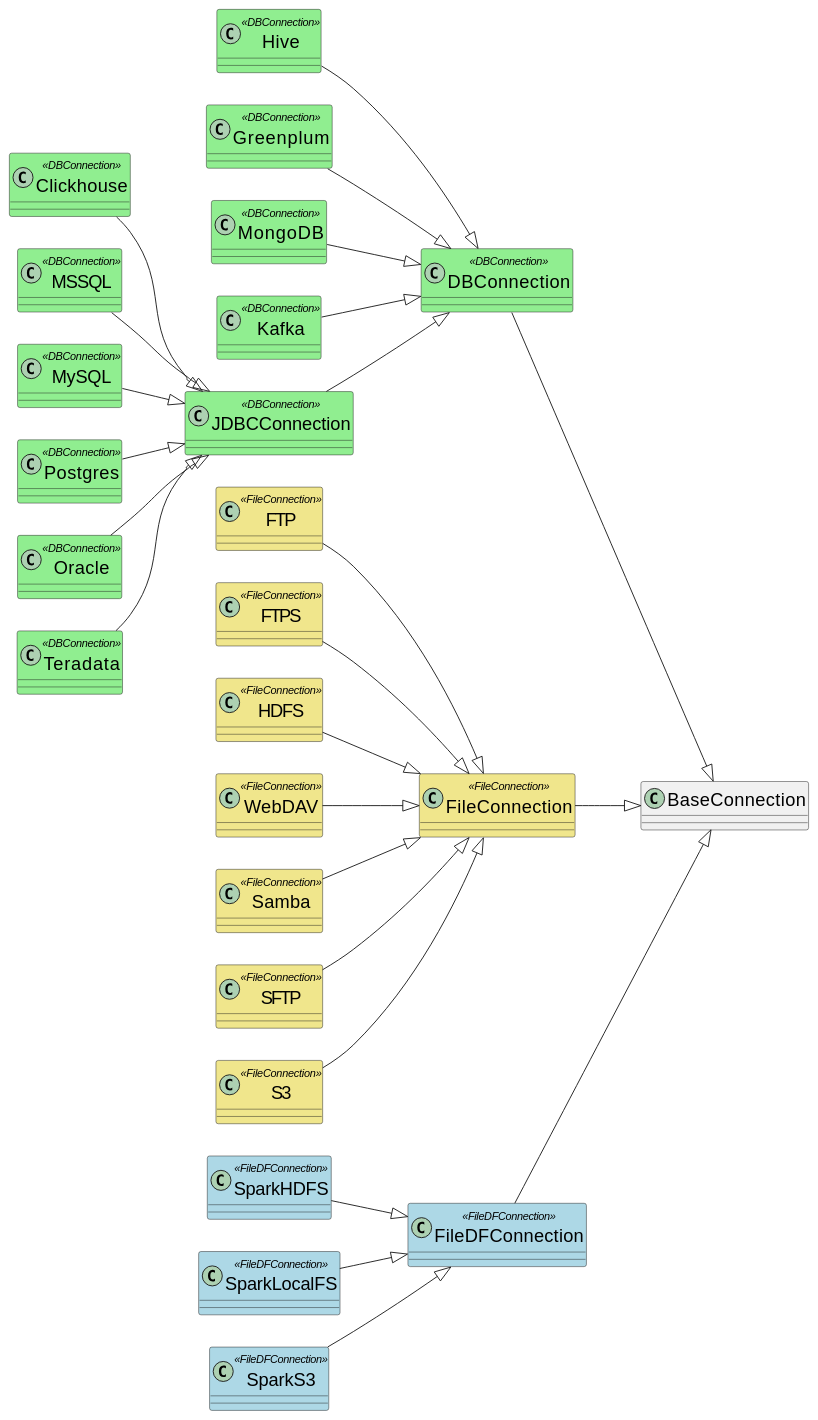
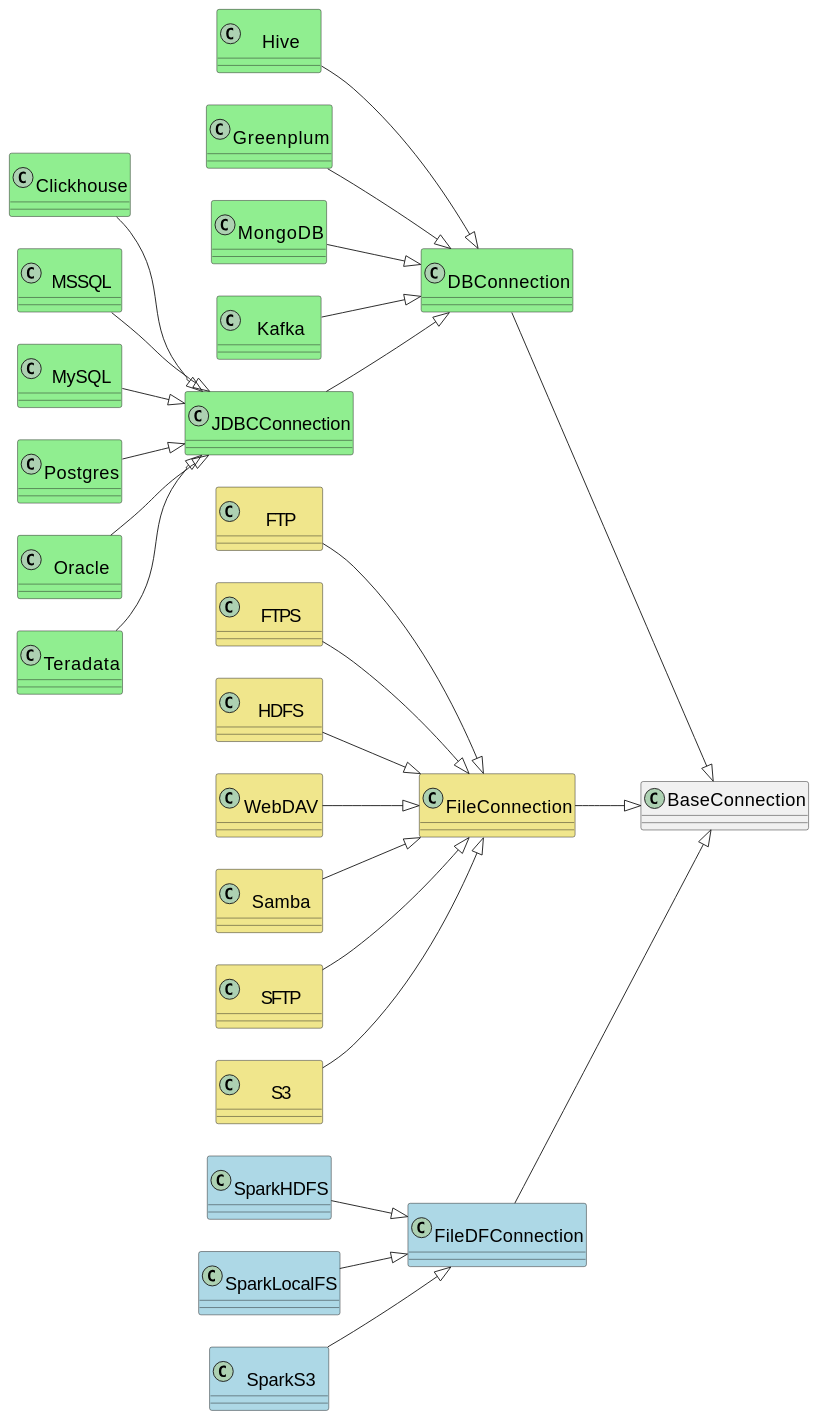
One commit to MobileTeleSystems/onetl changed the diagram in docs/concepts.rst. Above: the diagram before and after it, drawn with PlantUML.

Commit message:
[DOP-9383] - update class diagram

```diff
--- a/docs/concepts.rst
+++ b/docs/concepts.rst
@@ -40,6 +40,9 @@
         BackgroundColor<<DBConnection>> LightGreen
         BackgroundColor<<FileConnection>> Khaki
         BackgroundColor<<FileDFConnection>> LightBlue
+        StereotypeFontColor<<FileDFConnection>> Transparent
+        StereotypeFontColor<<DBConnection>> Transparent
+        StereotypeFontColor<<FileConnection>> Transparent
     }
 
     class BaseConnection {
```
